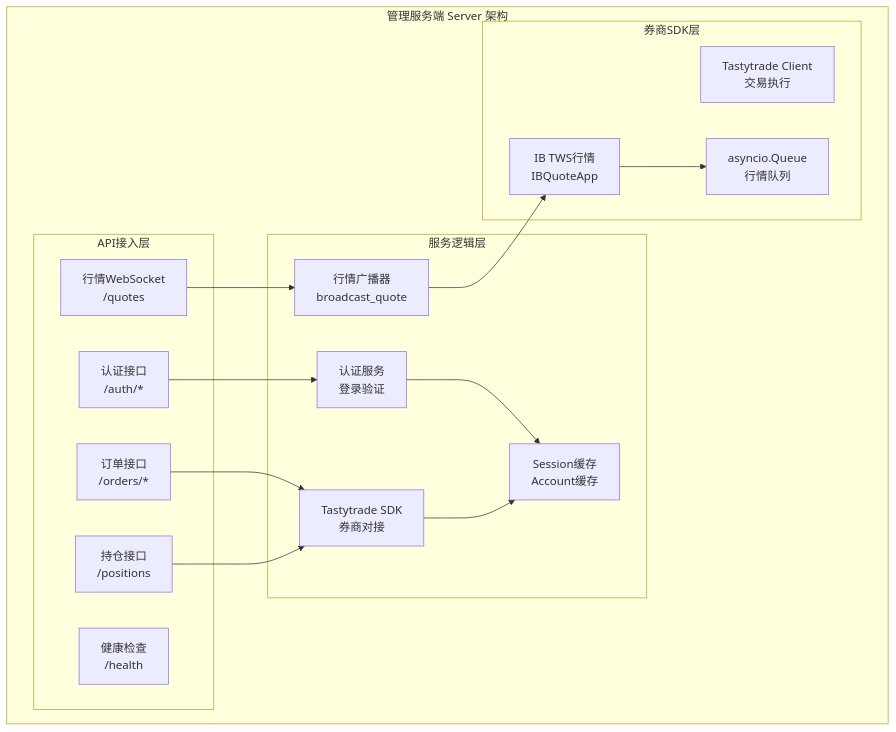
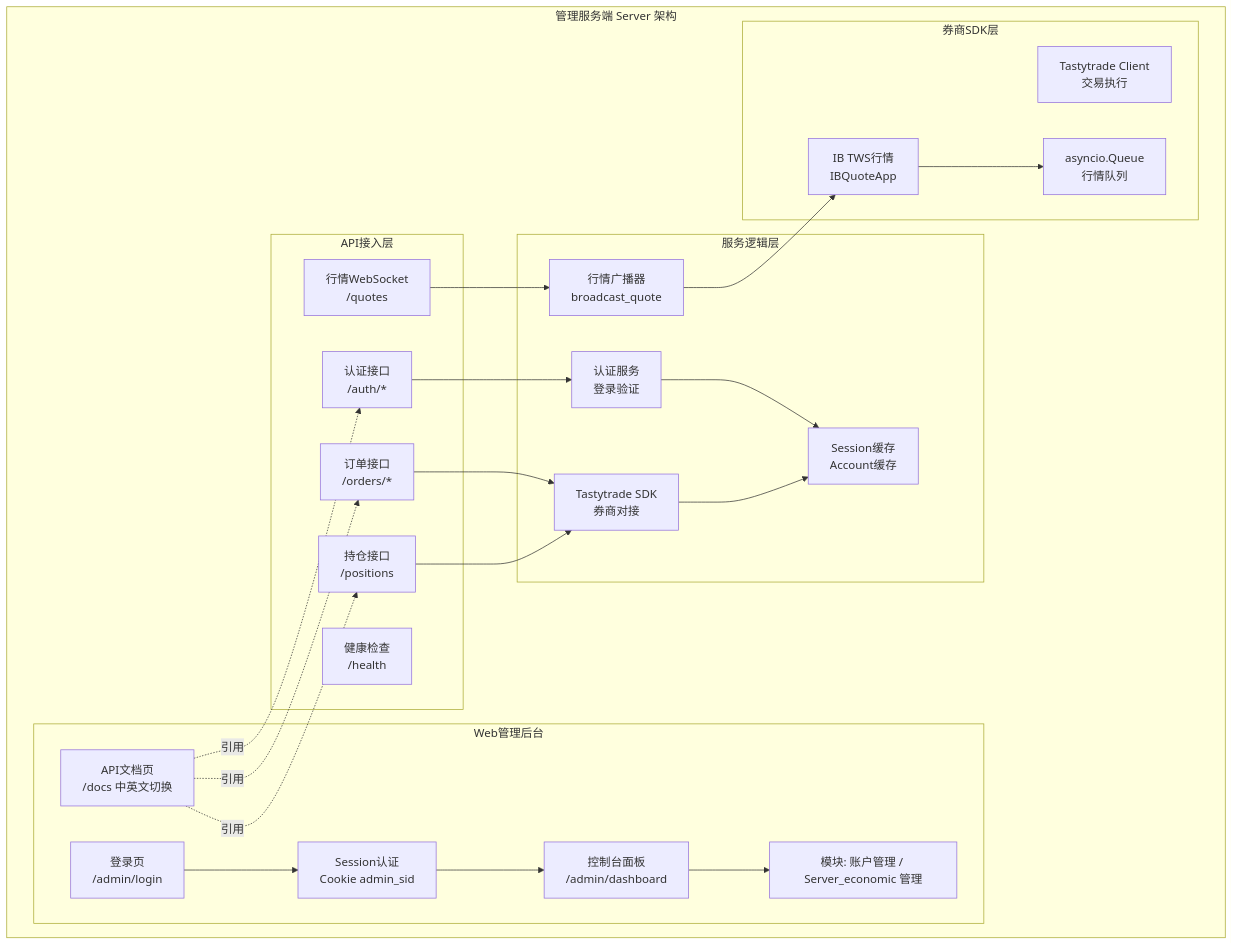
The fifth of 7 diagrams in 证券股票交易系统产品文档_合并版.md (XiangzeLiu/EC_project), drawn with Mermaid before and after one commit. The commit also changed other lines of this file and 2 other files, not shown here.

````diff
--- a/证券股票交易系统产品文档_合并版.md
+++ b/证券股票交易系统产品文档_合并版.md
@@ -714,35 +797,48 @@
 ```mermaid
 graph TB
     subgraph "管理服务端 Server 架构"
         subgraph "API接入层"
             AuthAPI[认证接口<br/>/auth/*]
             OrderAPI[订单接口<br/>/orders/*]
             PositionAPI[持仓接口<br/>/positions]
             HealthAPI[健康检查<br/>/health]
             QuoteWS[行情WebSocket<br/>/quotes]
+        end
+
+        subgraph "Web管理后台"
+            AdminLogin[登录页<br/>/admin/login]
+            AdminAuth[Session认证<br/>Cookie admin_sid]
+            AdminDash[控制台面板<br/>/admin/dashboard]
+            AdminModules[模块: 账户管理 / Server_economic 管理]
+            CustomDocs[API文档页<br/>/docs 中英文切换]
         end
         
         subgraph "服务逻辑层"
             AuthService[认证服务<br/>登录验证]
             TastytradeSDK[Tastytrade SDK<br/>券商对接]
             SessionCache[Session缓存<br/>Account缓存]
             QuoteBroadcaster[行情广播器<br/>broadcast_quote]
         end
         
         subgraph "券商SDK层"
             TTClient[Tastytrade Client<br/>交易执行]
             IBQuoteApp[IB TWS行情<br/>IBQuoteApp]
             QuoteQueue[asyncio.Queue<br/>行情队列]
         end
     end
     
     AuthAPI --> AuthService
     OrderAPI --> TastytradeSDK
     PositionAPI --> TastytradeSDK
     QuoteWS --> QuoteBroadcaster
     QuoteBroadcaster --> IBQuoteApp
     IBQuoteApp --> QuoteQueue
     
     AuthService --> SessionCache
     TastytradeSDK --> SessionCache
+
+    AdminLogin --> AdminAuth
+    AdminAuth --> AdminDash
+    AdminDash --> AdminModules
+    CustomDocs -. 引用 .-> AuthAPI & OrderAPI & PositionAPI
 ```
````
